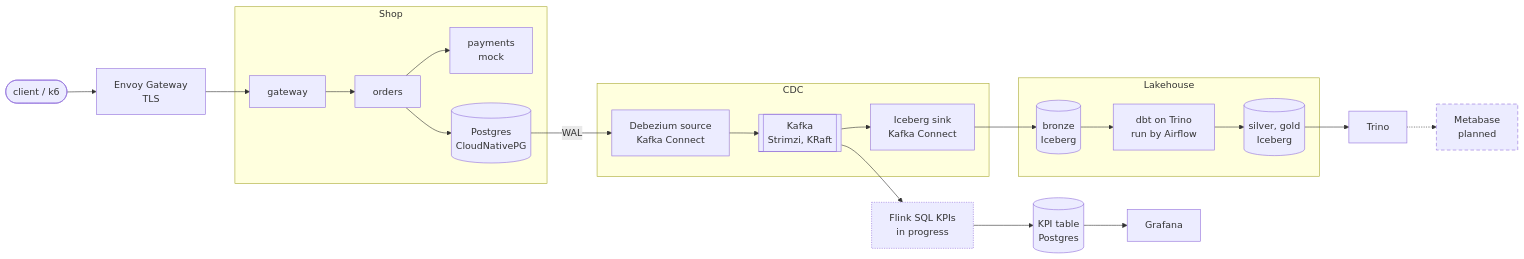
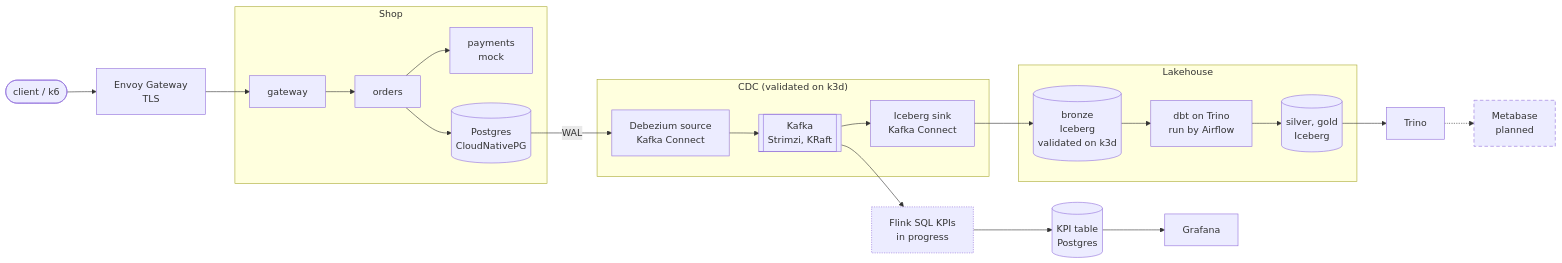
One commit to winthebest/shopflow changed the first of 2 diagrams in README.md. Above: the diagram before and after it, drawn with Mermaid. The commit also changed other lines of this file, not shown here.

First line of the commit message:
docs(readme): Phase 4 CDC results on k3d (#123)

````diff
--- a/README.md
+++ b/README.md
@@ -35,21 +35,21 @@
 ```mermaid
 flowchart LR
   client([client / k6]) --> edge[Envoy Gateway<br/>TLS]
   subgraph shop [Shop]
     gw[gateway] --> orders[orders] --> pay[payments<br/>mock]
     orders --> pg[(Postgres<br/>CloudNativePG)]
   end
   edge --> gw
-  subgraph cdc [CDC]
+  subgraph cdc ["CDC (validated on k3d)"]
     dbz[Debezium source<br/>Kafka Connect] --> kafka[[Kafka<br/>Strimzi, KRaft]] --> sink[Iceberg sink<br/>Kafka Connect]
   end
   pg -- WAL --> dbz
   subgraph lake [Lakehouse]
-    bronze[(bronze<br/>Iceberg)] --> dbt[dbt on Trino<br/>run by Airflow] --> gold[(silver, gold<br/>Iceberg)]
+    bronze[(bronze<br/>Iceberg<br/>validated on k3d)] --> dbt[dbt on Trino<br/>run by Airflow] --> gold[(silver, gold<br/>Iceberg)]
   end
   sink --> bronze
   gold --> trino[Trino] -.-> mb[Metabase<br/>planned]:::planned
   kafka --> flink[Flink SQL KPIs<br/>in progress]:::wip --> kpi[(KPI table<br/>Postgres)] --> graf[Grafana]
   classDef planned stroke-dasharray: 6 4
   classDef wip stroke-dasharray: 2 2
 ```
````
